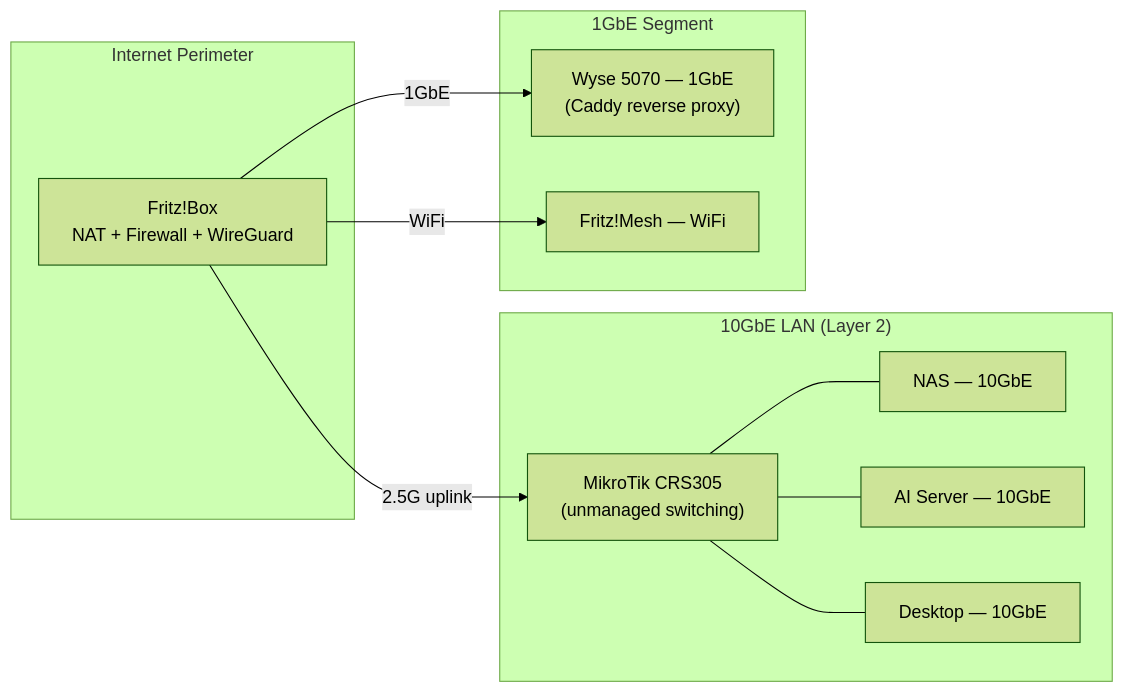
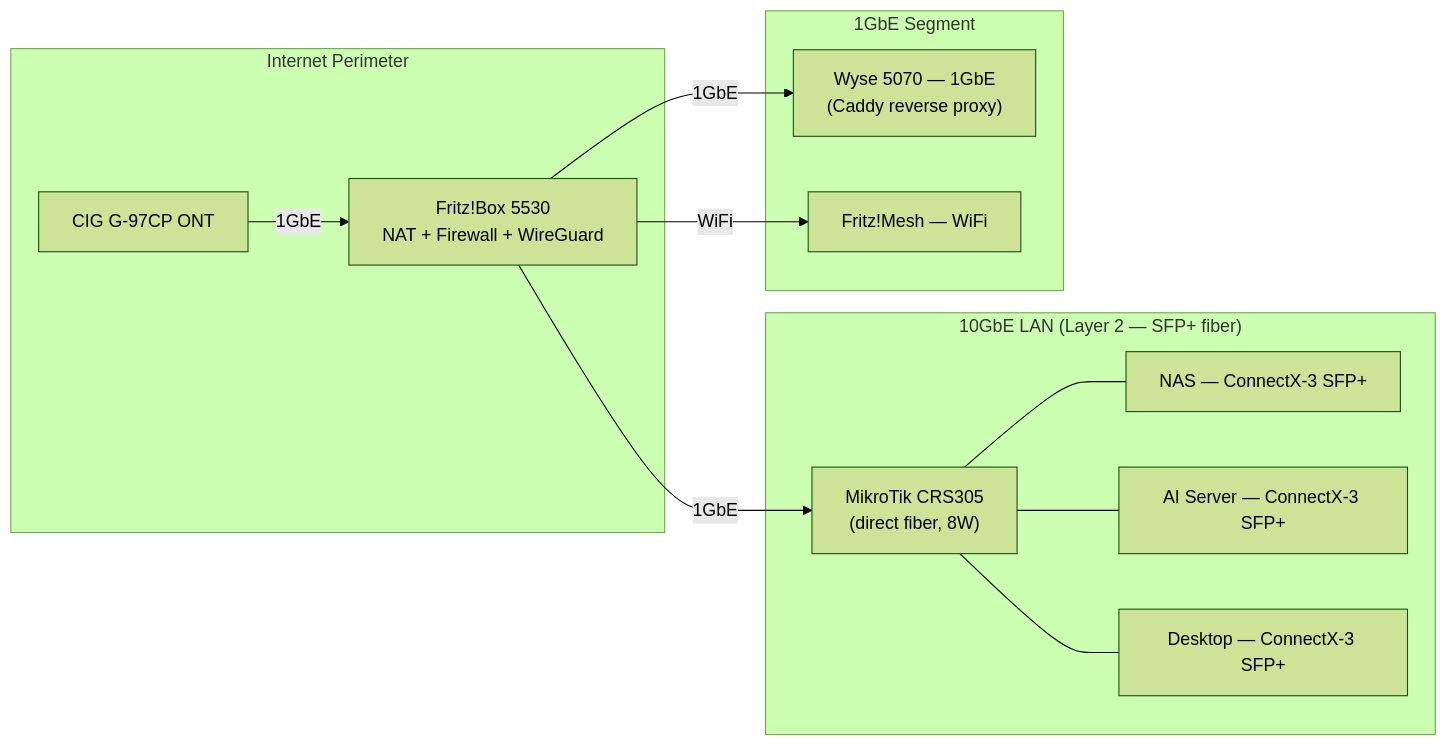
Before and after one commit to MMastro-Dev/wiki: the second of 3 diagrams in notes/charts/network-topology.md, drawn with Mermaid (forest theme). The commit also changed other lines of this file and 5 other files, not shown here.

````diff
--- a/notes/charts/network-topology.md
+++ b/notes/charts/network-topology.md
@@ -42,25 +44,27 @@
 ```mermaid
 flowchart LR
     subgraph "Internet Perimeter"
-        FW["Fritz!Box\nNAT + Firewall + WireGuard"]
+        ONT["CIG G-97CP ONT"]
+        FW["Fritz!Box 5530\nNAT + Firewall + WireGuard"]
     end
 
-    subgraph "10GbE LAN (Layer 2)"
-        SW["MikroTik CRS305\n(unmanaged switching)"]
-        NAS["NAS — 10GbE"]
-        AI["AI Server — 10GbE"]
-        PC["Desktop — 10GbE"]
+    subgraph "10GbE LAN (Layer 2 — SFP+ fiber)"
+        SW["MikroTik CRS305\n(direct fiber, 8W)"]
+        NAS["NAS — ConnectX-3 SFP+"]
+        AI["AI Server — ConnectX-3 SFP+"]
+        PC["Desktop — ConnectX-3 SFP+"]
     end
 
     subgraph "1GbE Segment"
         Wyse["Wyse 5070 — 1GbE\n(Caddy reverse proxy)"]
         WiFi["Fritz!Mesh — WiFi"]
     end
 
-    FW -->|"2.5G uplink"| SW
+    ONT -->|"1GbE"| FW
+    FW -->|"1GbE"| SW
     FW -->|"1GbE"| Wyse
     FW -->|"WiFi"| WiFi
     SW --- NAS
     SW --- AI
     SW --- PC
 ```
````
